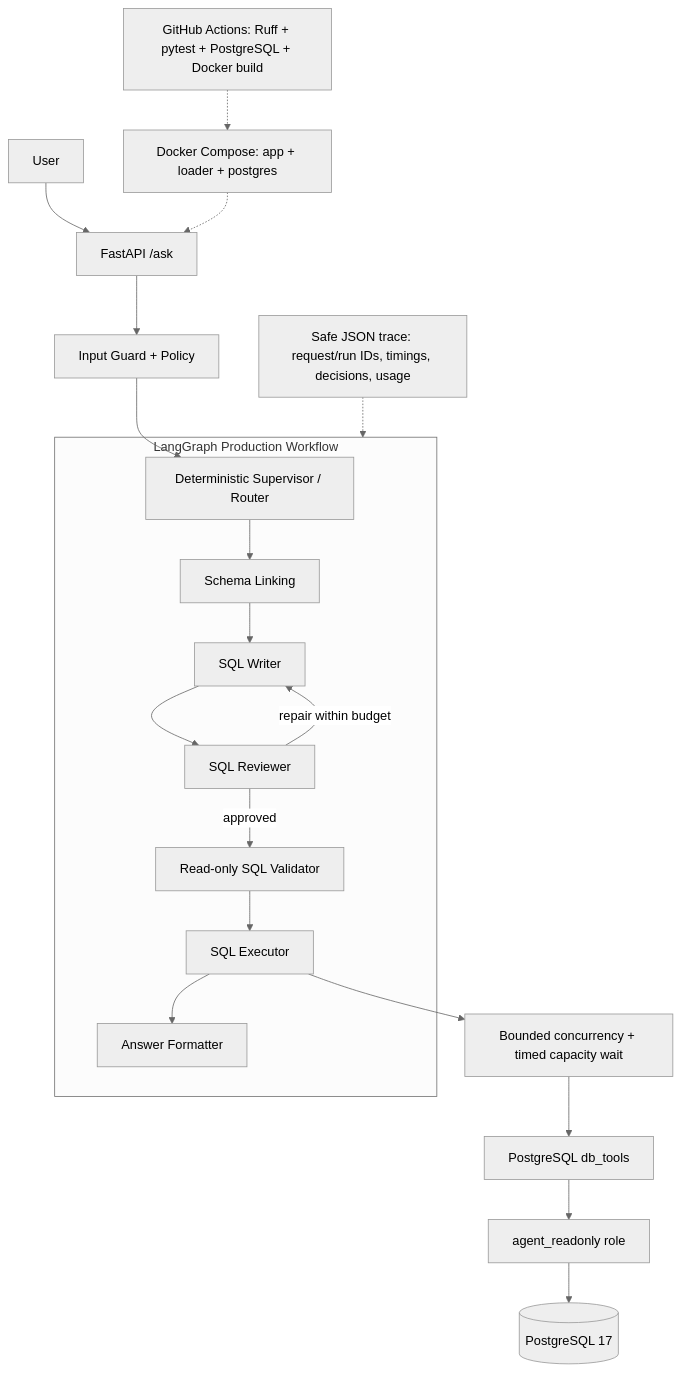
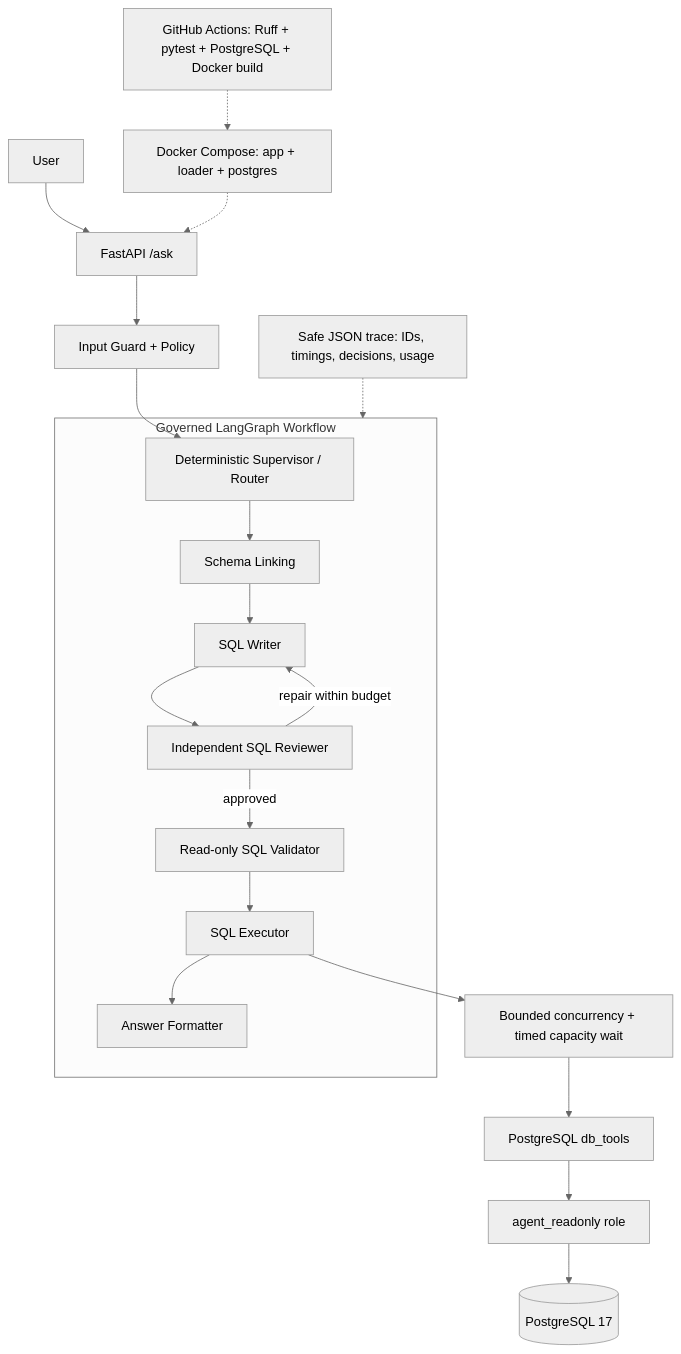
One commit to idlebranch/multi-agent-bi changed the diagram in README.md. Above: the diagram before and after it, drawn with Mermaid (neutral theme). The commit also changed other lines of this file and 3 other files, not shown here.

````diff
--- a/README.md
+++ b/README.md
@@ -23,25 +62,25 @@
 ```mermaid
 flowchart TB
     U[User] --> API[FastAPI /ask]
     API --> G[Input Guard + Policy]
     G --> R[Deterministic Supervisor / Router]
 
-    subgraph LG[LangGraph Production Workflow]
+    subgraph LG[Governed LangGraph Workflow]
         R --> SL[Schema Linking]
         SL --> W[SQL Writer]
-        W --> RV[SQL Reviewer]
+        W --> RV[Independent SQL Reviewer]
         RV -->|approved| V[Read-only SQL Validator]
         RV -->|repair within budget| W
         V --> E[SQL Executor]
         E --> A[Answer Formatter]
     end
 
     E --> C[Bounded concurrency + timed capacity wait]
     C --> DBT[PostgreSQL db_tools]
     DBT --> ROLE[agent_readonly role]
     ROLE --> PG[(PostgreSQL 17)]
 
-    T[Safe JSON trace: request/run IDs, timings, decisions, usage] -.-> LG
+    T[Safe JSON trace: IDs, timings, decisions, usage] -.-> LG
     DC[Docker Compose: app + loader + postgres] -.-> API
     CI[GitHub Actions: Ruff + pytest + PostgreSQL + Docker build] -.-> DC
 ```
````
